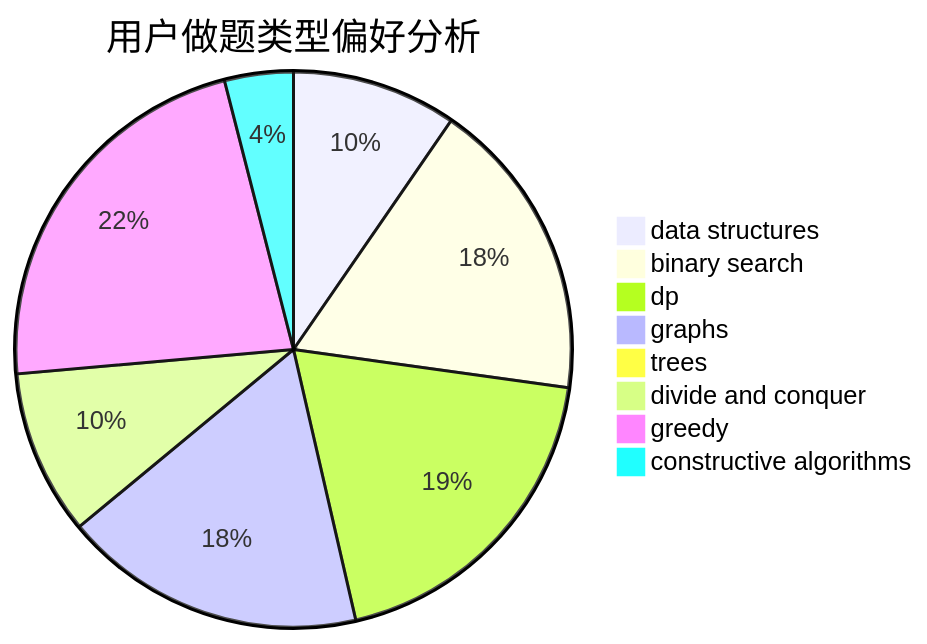
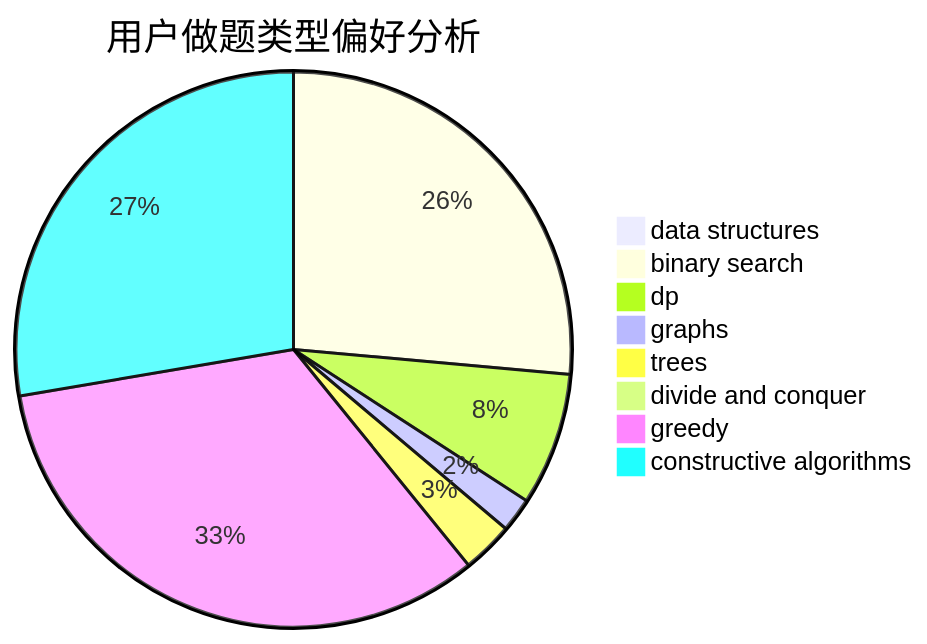
One commit to sherpahu/cfrs.github.io changed the second of 3 diagrams in docs/user/u800.md. Above: the diagram before and after it, drawn with Mermaid. The commit also changed other lines of this file and 2770 other files, not shown here.

````diff
--- a/docs/user/u800.md
+++ b/docs/user/u800.md
@@ -23,11 +23,11 @@
 ```mermaid
 pie title 用户做题类型偏好分析
-    "data structures" :  24
-    "binary search" :  44
-    "dp" :  48
-    "graphs" :  44
-    "trees" :  0
-    "divide and conquer" :  24
-    "greedy" :  56
-    "constructive algorithms" :  10
+    "data structures" :  2
+    "binary search" :  106
+    "dp" :  31
+    "graphs" :  8
+    "trees" :  12
+    "divide and conquer" :  2
+    "greedy" :  133
+    "constructive algorithms" :  111
 ```
````
